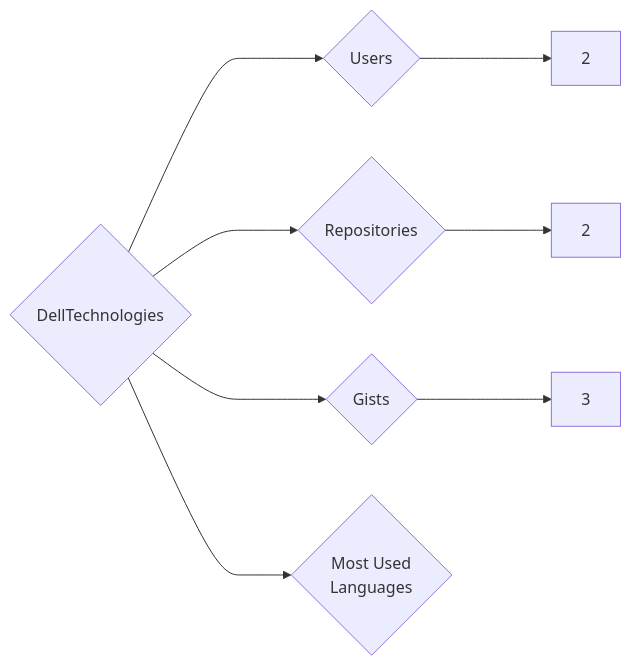
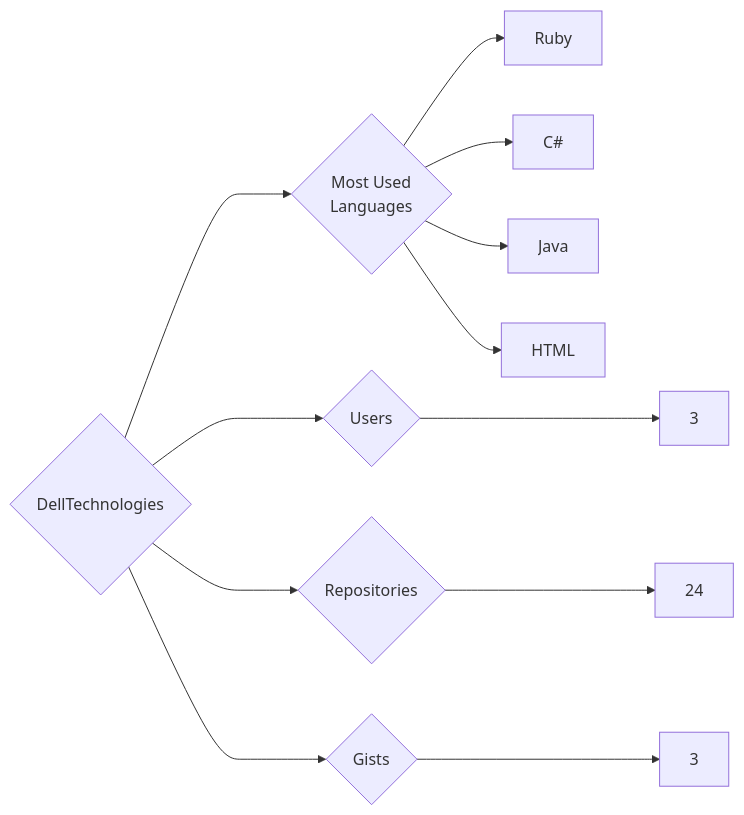
One commit to trickest/insiders changed the diagram in targets/DellTechnologies/README.md. Above: the diagram before and after it, drawn with Mermaid. The commit also changed 1148 other files, not shown here.

````diff
--- a/targets/DellTechnologies/README.md
+++ b/targets/DellTechnologies/README.md
@@ -3,8 +3,12 @@
 ```mermaid
 graph LR
 COMPANY_NAME{DellTechnologies}
-COMPANY_NAME ---> U{Users} ---> UN[2]
-COMPANY_NAME ---> R{Repositories} ---> RN[2]
+COMPANY_NAME ---> U{Users} ---> UN[3]
+COMPANY_NAME ---> R{Repositories} ---> RN[24]
 COMPANY_NAME ---> G{Gists} ---> GN[3]
 COMPANY_NAME ---> ML{Most Used<br>Languages}
+ML --> Ruby[Ruby]
+ML --> C#[C#]
+ML --> Java[Java]
+ML --> HTML[HTML]
 ```
````
